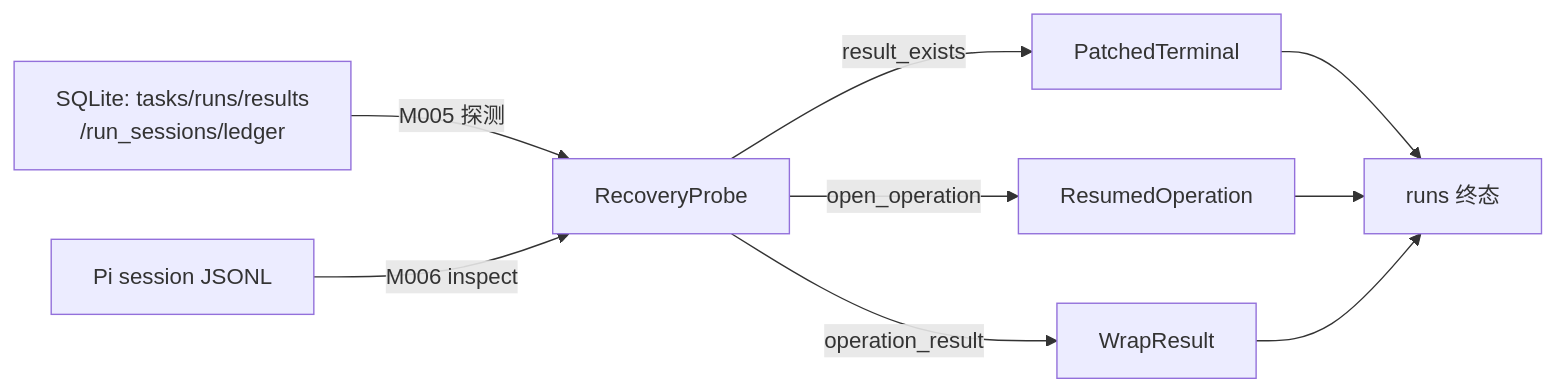
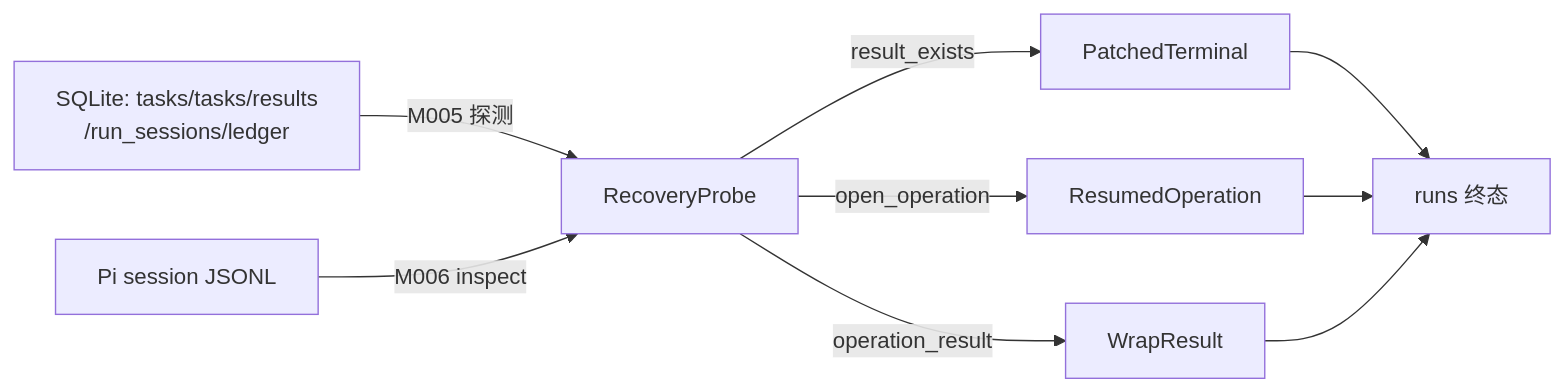
Before and after one commit to corezilla/piko: the third of 9 diagrams in docs/20_system_design/mechanisms/piko-recovery.md, drawn with Mermaid. The commit also changed other lines of this file and 20 other files, not shown here.

````diff
--- a/docs/20_system_design/mechanisms/piko-recovery.md
+++ b/docs/20_system_design/mechanisms/piko-recovery.md
@@ -131,11 +133,11 @@
 ```mermaid
 flowchart LR
-  DB["SQLite: tasks/runs/results<br/>/run_sessions/ledger"] -->|M005 探测| PROBE["RecoveryProbe"]
+  DB["SQLite: tasks/tasks/results<br/>/run_sessions/ledger"] -->|M005 探测| PROBE["RecoveryProbe"]
   PIS["Pi session JSONL"] -->|M006 inspect| PROBE
   PROBE -->|"result_exists"| PATCH["PatchedTerminal"]
   PROBE -->|"open_operation"| RESUME["ResumedOperation"]
   PROBE -->|"operation_result"| WRAP["WrapResult"]
   PATCH --> TERM["runs 终态"]
   RESUME --> TERM
   WRAP --> TERM
 ```
````
